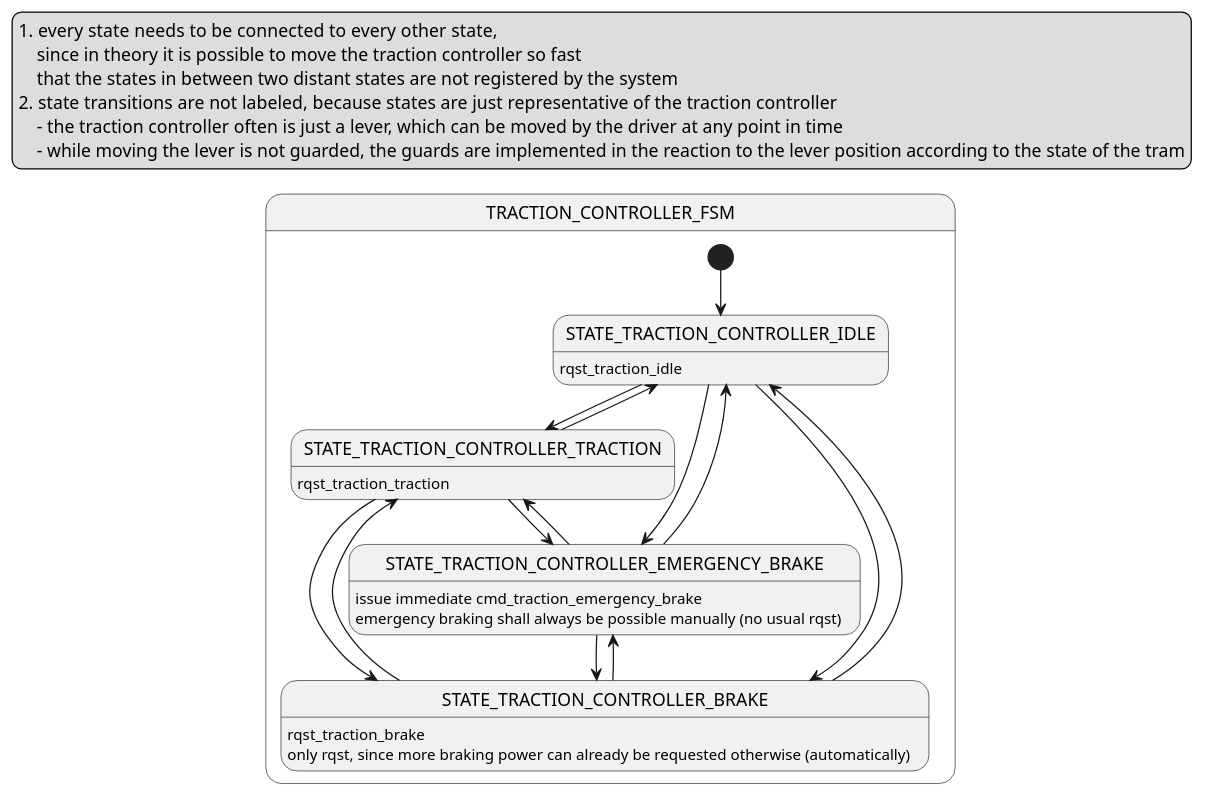
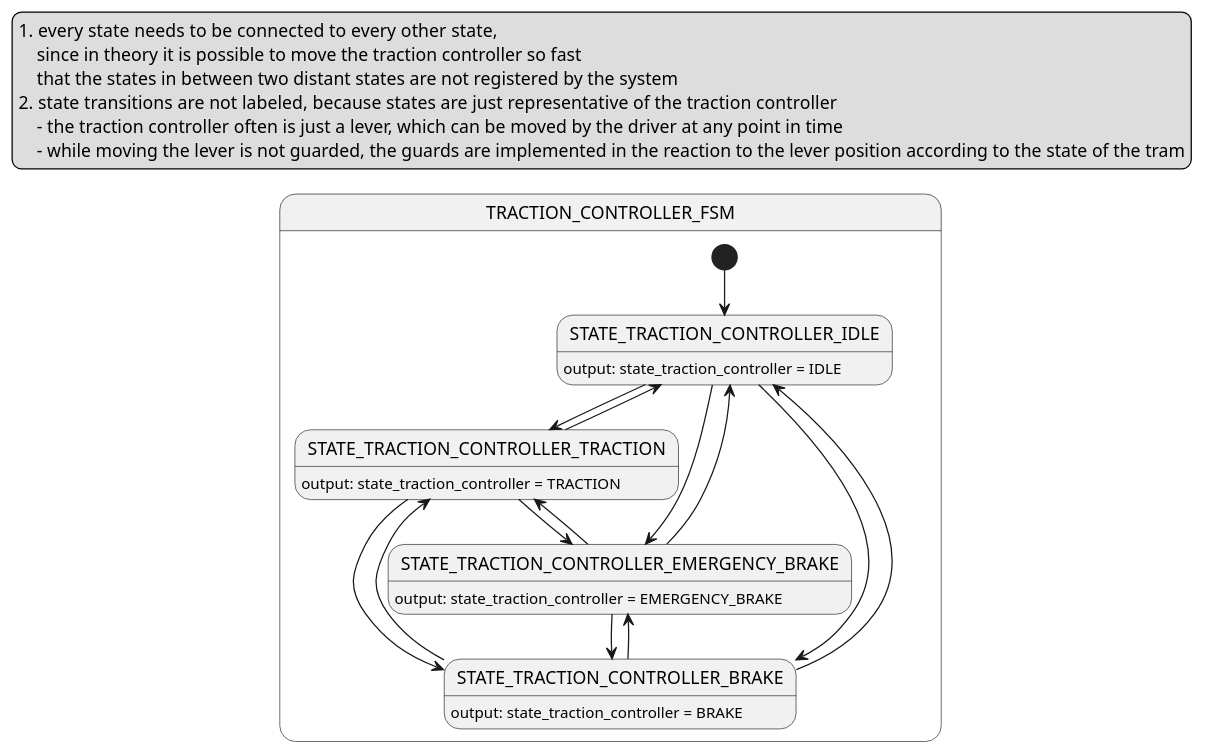
The diagram in docs/models/state_machines/node-drive-controller/traction_controller_fsm.puml (paetzholdt/CANRepo), drawn with PlantUML before and after one commit. The commit also changed 1 other file, not shown here.

Commit message:
docs(node-drive-controller): refine engine controller supervisor and traction controller state outputs

```diff
--- a/docs/models/state_machines/node-drive-controller/traction_controller_fsm.puml
+++ b/docs/models/state_machines/node-drive-controller/traction_controller_fsm.puml
@@ -1,48 +1,46 @@
 @startuml traction_controller_fsm
 
 legend top
 1.  every state needs to be connected to every other state,
     since in theory it is possible to move the traction controller so fast
     that the states in between two distant states are not registered by the system
 2.  state transitions are not labeled, because states are just representative of the traction controller
     - the traction controller often is just a lever, which can be moved by the driver at any point in time
     - while moving the lever is not guarded, the guards are implemented in the reaction to the lever position according to the state of the tram
 endlegend
 
 state TRACTION_CONTROLLER_FSM {
     state STATE_TRACTION_CONTROLLER_IDLE
     state STATE_TRACTION_CONTROLLER_TRACTION
     state STATE_TRACTION_CONTROLLER_BRAKE
     state STATE_TRACTION_CONTROLLER_EMERGENCY_BRAKE
 
 
-    STATE_TRACTION_CONTROLLER_IDLE: rqst_traction_idle
+    STATE_TRACTION_CONTROLLER_IDLE: output: state_traction_controller = IDLE
 
-    STATE_TRACTION_CONTROLLER_TRACTION: rqst_traction_traction
+    STATE_TRACTION_CONTROLLER_TRACTION: output: state_traction_controller = TRACTION
 
-    STATE_TRACTION_CONTROLLER_BRAKE: rqst_traction_brake
-    STATE_TRACTION_CONTROLLER_BRAKE: only rqst, since more braking power can already be requested otherwise (automatically)
+    STATE_TRACTION_CONTROLLER_BRAKE: output: state_traction_controller = BRAKE
 
-    STATE_TRACTION_CONTROLLER_EMERGENCY_BRAKE: issue immediate cmd_traction_emergency_brake
-    STATE_TRACTION_CONTROLLER_EMERGENCY_BRAKE: emergency braking shall always be possible manually (no usual rqst)
+    STATE_TRACTION_CONTROLLER_EMERGENCY_BRAKE: output: state_traction_controller = EMERGENCY_BRAKE
 
 
     [*] --> STATE_TRACTION_CONTROLLER_IDLE
     STATE_TRACTION_CONTROLLER_IDLE --> STATE_TRACTION_CONTROLLER_TRACTION
     STATE_TRACTION_CONTROLLER_IDLE --> STATE_TRACTION_CONTROLLER_BRAKE
     STATE_TRACTION_CONTROLLER_IDLE --> STATE_TRACTION_CONTROLLER_EMERGENCY_BRAKE
 
     STATE_TRACTION_CONTROLLER_TRACTION --> STATE_TRACTION_CONTROLLER_BRAKE
     STATE_TRACTION_CONTROLLER_TRACTION --> STATE_TRACTION_CONTROLLER_EMERGENCY_BRAKE
     STATE_TRACTION_CONTROLLER_TRACTION --> STATE_TRACTION_CONTROLLER_IDLE
 
     STATE_TRACTION_CONTROLLER_BRAKE --> STATE_TRACTION_CONTROLLER_EMERGENCY_BRAKE
     STATE_TRACTION_CONTROLLER_BRAKE --> STATE_TRACTION_CONTROLLER_IDLE
     STATE_TRACTION_CONTROLLER_BRAKE --> STATE_TRACTION_CONTROLLER_TRACTION
 
     STATE_TRACTION_CONTROLLER_EMERGENCY_BRAKE --> STATE_TRACTION_CONTROLLER_IDLE
     STATE_TRACTION_CONTROLLER_EMERGENCY_BRAKE --> STATE_TRACTION_CONTROLLER_TRACTION
     STATE_TRACTION_CONTROLLER_EMERGENCY_BRAKE --> STATE_TRACTION_CONTROLLER_BRAKE
 }
 
 @enduml
```
